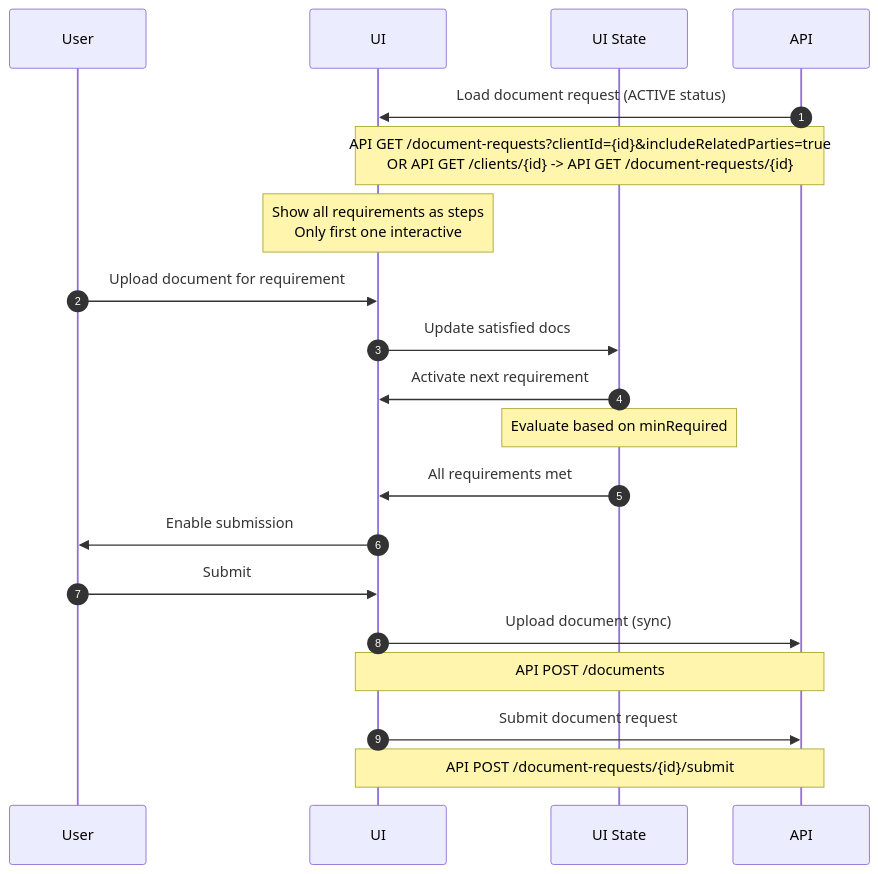
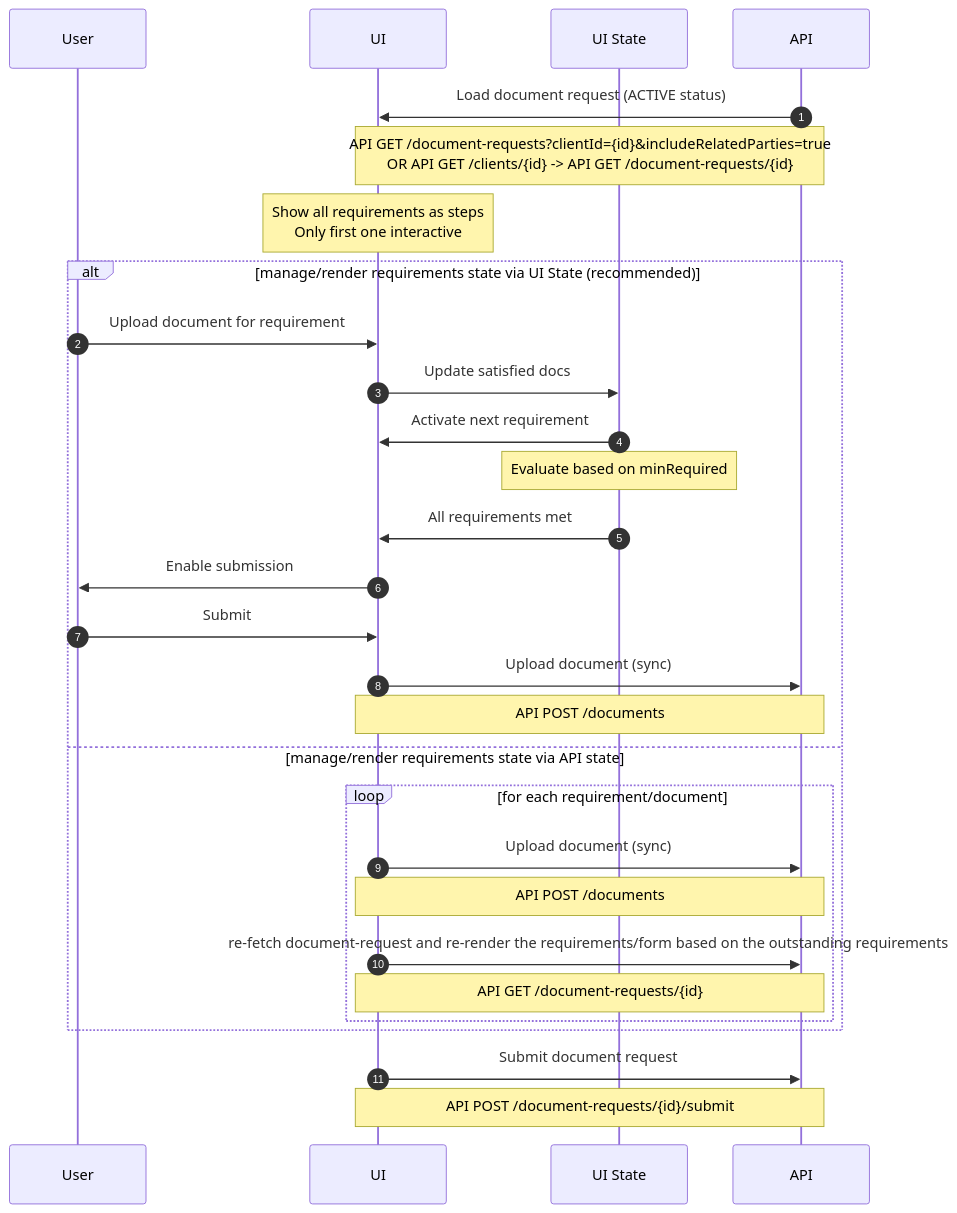
The diagram in embedded-components/src/core/OnboardingWizardBasic/DocumentUploadStepForm/IMPLEMENTATION_GUIDE.md (jpmorgan-payments/embedded-finance), drawn with Mermaid before and after one commit.

Commit message:
refine the implementation docs

````diff
--- a/embedded-components/src/core/OnboardingWizardBasic/DocumentUploadStepForm/IMPLEMENTATION_GUIDE.md
+++ b/embedded-components/src/core/OnboardingWizardBasic/DocumentUploadStepForm/IMPLEMENTATION_GUIDE.md
@@ -9,28 +9,38 @@
 ```mermaid
 sequenceDiagram
     autonumber
     participant User
     participant UI
     participant UI State
     participant API
 
     API->>UI: Load document request (ACTIVE status)
     Note over API, UI: API GET /document-requests?clientId={id}&includeRelatedParties=true<br/>OR API GET /clients/{id} -> API GET /document-requests/{id}
     Note over UI: Show all requirements as steps<br/>Only first one interactive
 
-    User->>UI: Upload document for requirement
-    UI->>UI State: Update satisfied docs
-    UI State->>UI: Activate next requirement
+    alt manage/render requirements state via UI State (recommended)
+      User->>UI: Upload document for requirement
+      UI->>UI State: Update satisfied docs
+      UI State->>UI: Activate next requirement
 
-    Note over UI State: Evaluate based on minRequired
+      Note over UI State: Evaluate based on minRequired
 
-    UI State->>UI: All requirements met
-    UI->>User: Enable submission
-    User->>UI: Submit
+      UI State->>UI: All requirements met
+      UI->>User: Enable submission
+      User->>UI: Submit
 
-    UI->>API: Upload document (sync)
-    Note over API, UI: API POST /documents
+      UI->>API: Upload document (sync)
+      Note over API, UI: API POST /documents
+    else manage/render requirements state via API state
+      loop for each requirement/document
+        UI->>API: Upload document (sync)
+        Note over API, UI: API POST /documents
+
+        UI->>API: re-fetch document-request and re-render the requirements/form based on the outstanding requirements
+        Note over API, UI: API GET /document-requests/{id}
+      end
+    end
 
     UI->>API: Submit document request
     Note over API, UI: API POST /document-requests/{id}/submit
 ```
````
